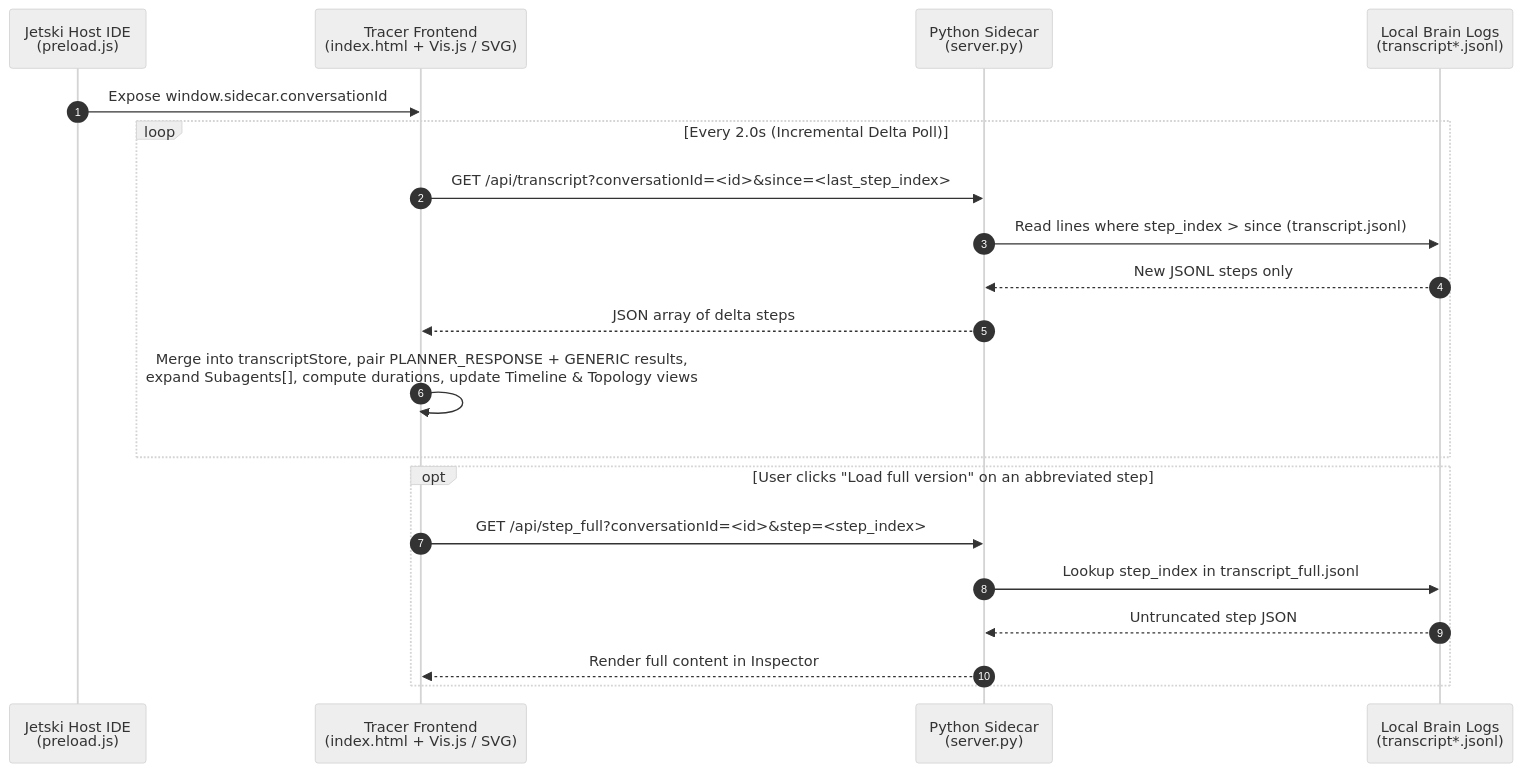
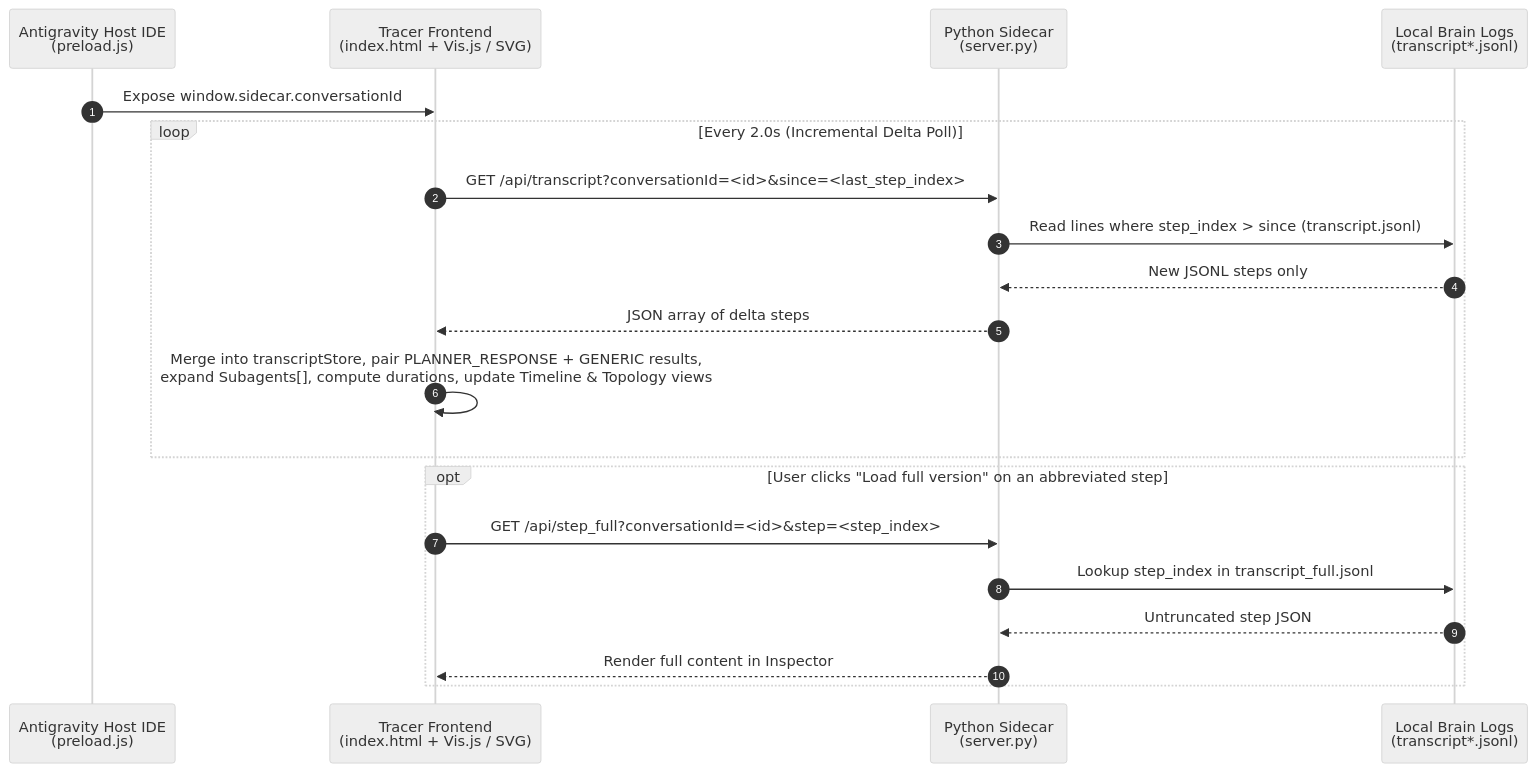
Before and after one commit to elim316/Antigravity-Agent-Tracer-Plugin: the second of 2 diagrams in README.md, drawn with Mermaid (neutral theme). The commit also changed other lines of this file, not shown here.

Commit message:
Rename Jetski to Antigravity across documentation

````diff
--- a/README.md
+++ b/README.md
@@ -181,23 +181,23 @@
 ```mermaid
 sequenceDiagram
     autonumber
-    participant IDE as Jetski Host IDE<br/>(preload.js)
+    participant IDE as Antigravity Host IDE<br/>(preload.js)
     participant UI as Tracer Frontend<br/>(index.html + Vis.js / SVG)
     participant Srv as Python Sidecar<br/>(server.py)
     participant Log as Local Brain Logs<br/>(transcript*.jsonl)
 
     IDE->>UI: Expose window.sidecar.conversationId
     loop Every 2.0s (Incremental Delta Poll)
         UI->>Srv: GET /api/transcript?conversationId=<id>&since=<last_step_index>
         Srv->>Log: Read lines where step_index > since (transcript.jsonl)
         Log-->>Srv: New JSONL steps only
         Srv-->>UI: JSON array of delta steps
         UI->>UI: Merge into transcriptStore, pair PLANNER_RESPONSE + GENERIC results,<br/>expand Subagents[], compute durations, update Timeline & Topology views
     end
     opt User clicks "Load full version" on an abbreviated step
         UI->>Srv: GET /api/step_full?conversationId=<id>&step=<step_index>
         Srv->>Log: Lookup step_index in transcript_full.jsonl
         Log-->>Srv: Untruncated step JSON
         Srv-->>UI: Render full content in Inspector
     end
 ```
````
